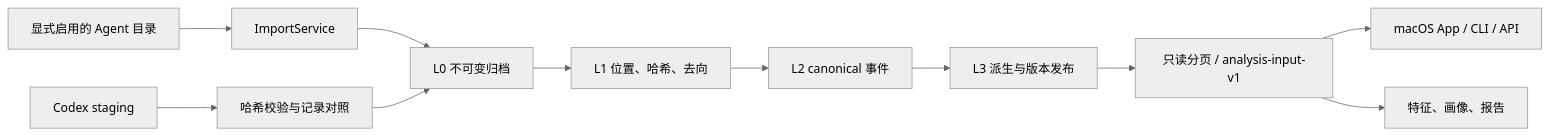
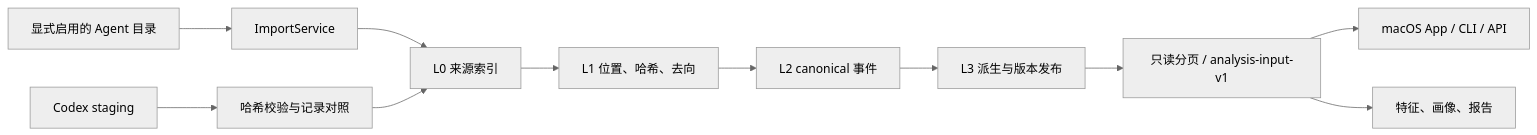
One commit to Orbit-Labs-AI/Orbit-Zhiyin changed the diagram in docs/architecture/data-pipeline.md. Above: the diagram before and after it, drawn with Mermaid (neutral theme). The commit also changed other lines of this file and 5 other files, not shown here.

````diff
--- a/docs/architecture/data-pipeline.md
+++ b/docs/architecture/data-pipeline.md
@@ -25,13 +25,13 @@
 ```mermaid
 flowchart LR
   Native[显式启用的 Agent 目录] --> Capture[ImportService]
-  Capture --> L0[L0 不可变归档]
+  Capture --> L0[L0 来源索引]
   TS[Codex staging] --> Bridge[哈希校验与记录对照]
   Bridge --> L0
   L0 --> L1[L1 位置、哈希、去向]
   L1 --> L2[L2 canonical 事件]
   L2 --> L3[L3 派生与版本发布]
   L3 --> Reader[只读分页 / analysis-input-v1]
   Reader --> App[macOS App / CLI / API]
   Reader --> Analysis[特征、画像、报告]
 ```
````
